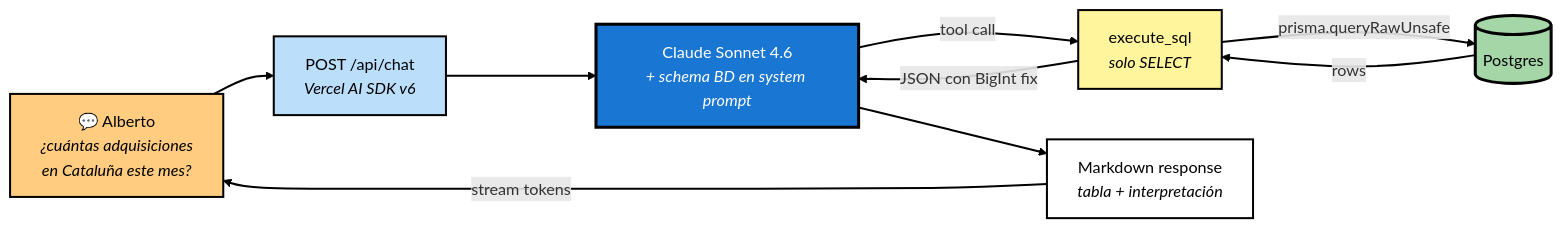
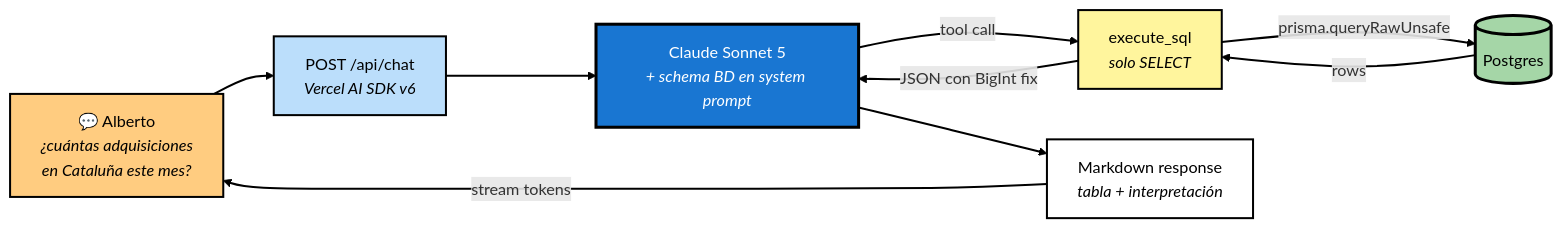
The sixth of 7 diagrams in docs/ARCHITECTURE.md (albertofontiber/war-room), drawn with Mermaid before and after one commit. The commit also changed 1 other file, not shown here.

Commit message:
feat(chat-ia): actualizar modelo a claude-sonnet-5 (#148)
Sonnet 5 razona de forma adaptativa por defecto (piensa mas en preguntas
analiticas complejas) y rinde casi a nivel Opus en trabajo con tools, al
mismo precio de tabla que Sonnet 4.6 (y con precio intro mas barato hasta
2026-08-31).

Avisos de la guia de migracion (sin cambios de codigo necesarios aqui):
- Tokenizer nuevo: ~30% mas tokens por el mismo texto (afecta a metricas
  de consumo, no al precio unitario).
- Sigue las instrucciones del system prompt de forma mas literal; si algo
  del comportamiento cambia, revisar el prompt antes que el codigo.
- No pasamos temperature/top_p ni prefills (los rechazaria con 400).

````diff
--- a/docs/ARCHITECTURE.md
+++ b/docs/ARCHITECTURE.md
@@ -385,20 +385,20 @@
 ```mermaid
 flowchart LR
     User[💬 Alberto<br><i>¿cuántas adquisiciones<br>en Cataluña este mes?</i>] --> Stream[POST /api/chat<br><i>Vercel AI SDK v6</i>]
-    Stream --> Claude[Claude Sonnet 4.6<br><i>+ schema BD en system prompt</i>]
+    Stream --> Claude[Claude Sonnet 5<br><i>+ schema BD en system prompt</i>]
     Claude -->|tool call| Tool[execute_sql<br><i>solo SELECT</i>]
     Tool -->|prisma.queryRawUnsafe| DB[(Postgres)]
     DB -->|rows| Tool
     Tool -->|JSON con BigInt fix| Claude
     Claude --> Format[Markdown response<br><i>tabla + interpretación</i>]
     Format -->|stream tokens| User
 
     style User fill:#ffcc80,stroke:#000000,color:#000000,stroke-width:2px
     style Stream fill:#bbdefb,stroke:#000000,color:#000000,stroke-width:2px
     style Claude fill:#1976d2,stroke:#000000,color:#ffffff,stroke-width:3px
     style Tool fill:#fff59d,stroke:#000000,color:#000000,stroke-width:2px
     style DB fill:#a5d6a7,stroke:#000000,color:#000000,stroke-width:3px
     style Format fill:#ffffff,stroke:#000000,color:#000000,stroke-width:2px
 
     linkStyle default stroke:#000000,stroke-width:2px
 ```
````
